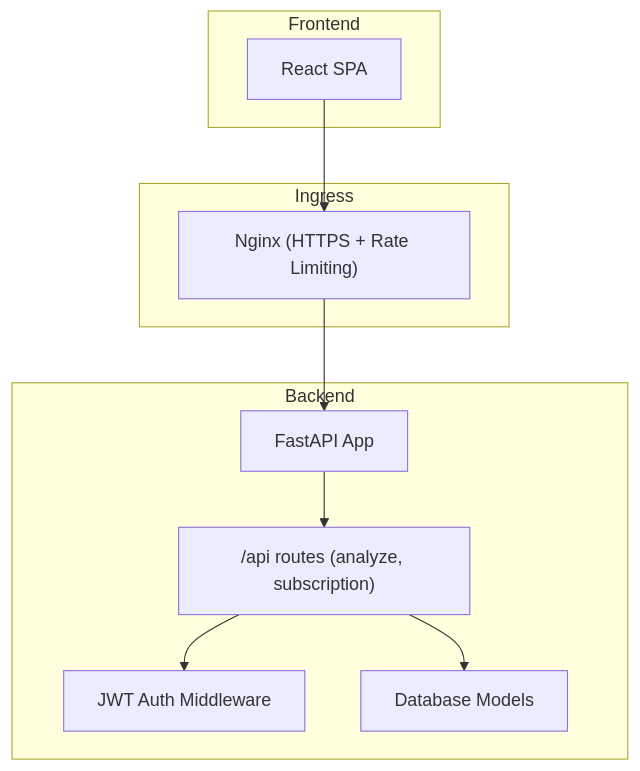
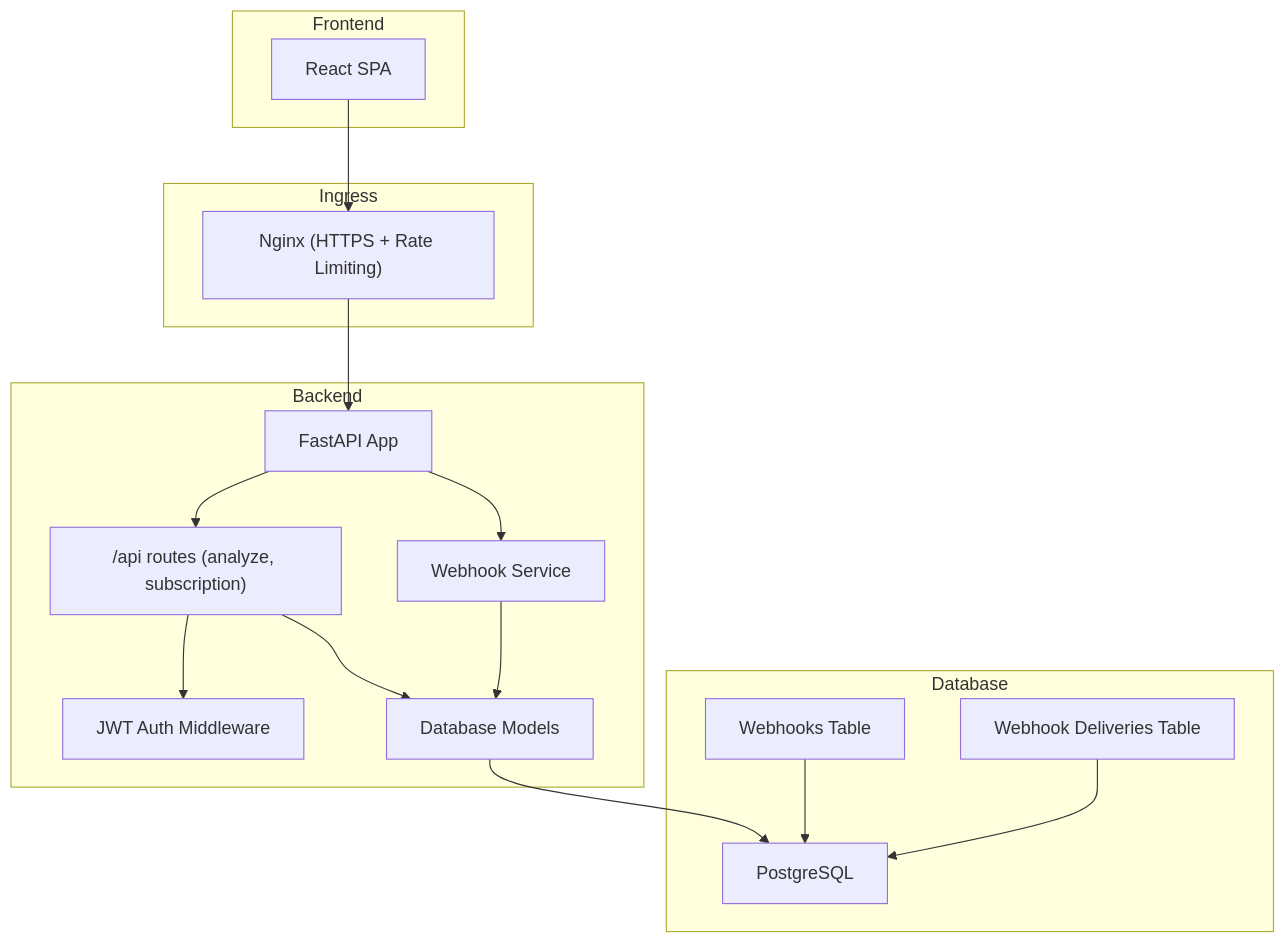
Before and after one commit to Revanththetalogics/aireume: the first of 10 diagrams in .qoder/repowiki/en/content/Advanced Topics/Integration Patterns/Webhook Systems.md, drawn with Mermaid. The commit also changed other lines of this file and 4 other files, not shown here.

````diff
--- a/.qoder/repowiki/en/content/Advanced Topics/Integration Patterns/Webhook Systems.md
+++ b/.qoder/repowiki/en/content/Advanced Topics/Integration Patterns/Webhook Systems.md
@@ -44,20 +56,31 @@
 ```mermaid
 graph TB
 subgraph "Ingress"
 Nginx["Nginx (HTTPS + Rate Limiting)"]
 end
 subgraph "Backend"
 FastAPI["FastAPI App"]
 Analyze["/api routes (analyze, subscription)"]
+WebhookSvc["Webhook Service"]
 Auth["JWT Auth Middleware"]
 Models["Database Models"]
+end
+subgraph "Database"
+PostgreSQL["PostgreSQL"]
+Webhooks["Webhooks Table"]
+Deliveries["Webhook Deliveries Table"]
 end
 subgraph "Frontend"
 FE["React SPA"]
 end
 Nginx --> FastAPI
 FastAPI --> Analyze
+FastAPI --> WebhookSvc
 Analyze --> Auth
 Analyze --> Models
+WebhookSvc --> Models
+Models --> PostgreSQL
+Webhooks --> PostgreSQL
+Deliveries --> PostgreSQL
 FE --> Nginx
 ```
````
